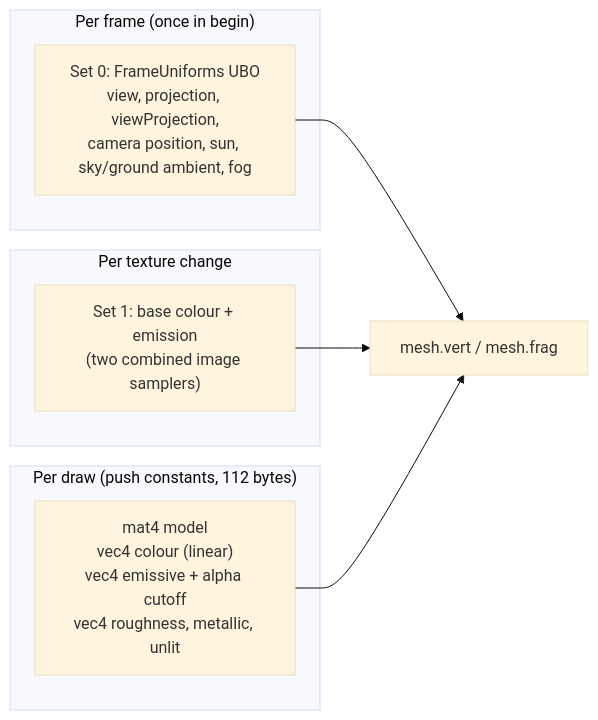
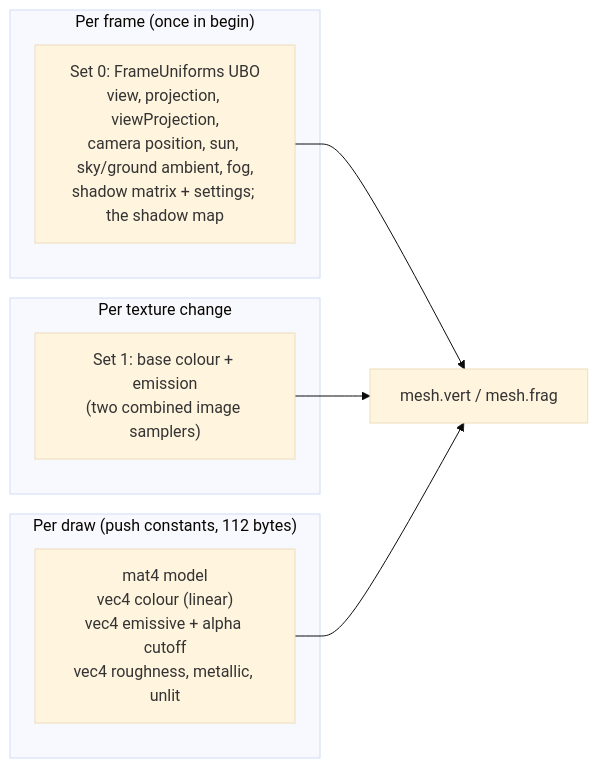
Before and after one commit to Chuck5ta/3DBaseFramework: the tenth of 14 diagrams in docs/GAME3D_ARCHITECTURE.md, drawn with Mermaid (base theme). The commit also changed other lines of this file and 12 other files, not shown here.

````diff
--- a/docs/GAME3D_ARCHITECTURE.md
+++ b/docs/GAME3D_ARCHITECTURE.md
@@ -812,15 +820,15 @@
 ```mermaid
 flowchart LR
     subgraph perFrame["Per frame (once in begin)"]
-        ubo["Set 0: FrameUniforms UBO<br/>view, projection, viewProjection,<br/>camera position, sun, sky/ground ambient, fog"]
+        ubo["Set 0: FrameUniforms UBO<br/>view, projection, viewProjection,<br/>camera position, sun, sky/ground ambient, fog,<br/>shadow matrix + settings; the shadow map"]
     end
     subgraph perMaterial["Per texture change"]
         tex["Set 1: base colour + emission<br/>(two combined image samplers)"]
     end
     subgraph perObject["Per draw (push constants, 112 bytes)"]
         pc["mat4 model<br/>vec4 colour (linear)<br/>vec4 emissive + alpha cutoff<br/>vec4 roughness, metallic, unlit"]
     end
     ubo --> sh["mesh.vert / mesh.frag"]
     tex --> sh
     pc --> sh
 ```
````
